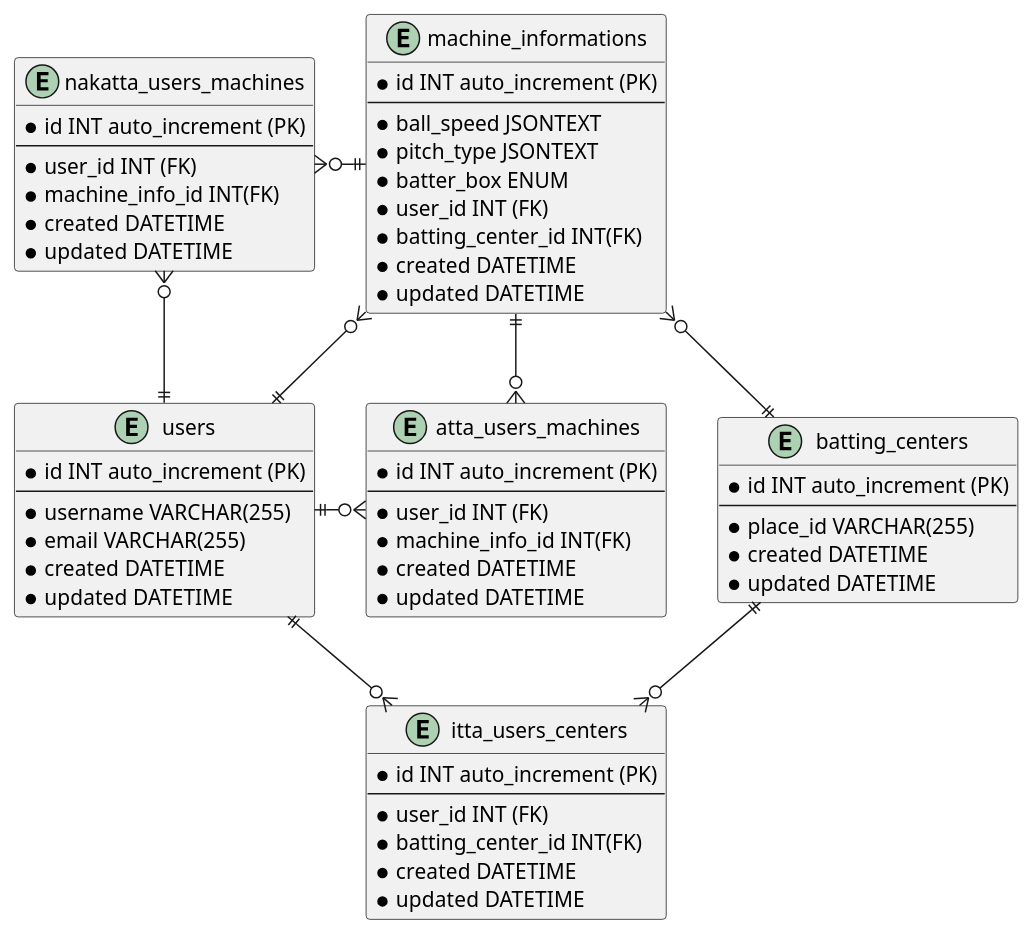
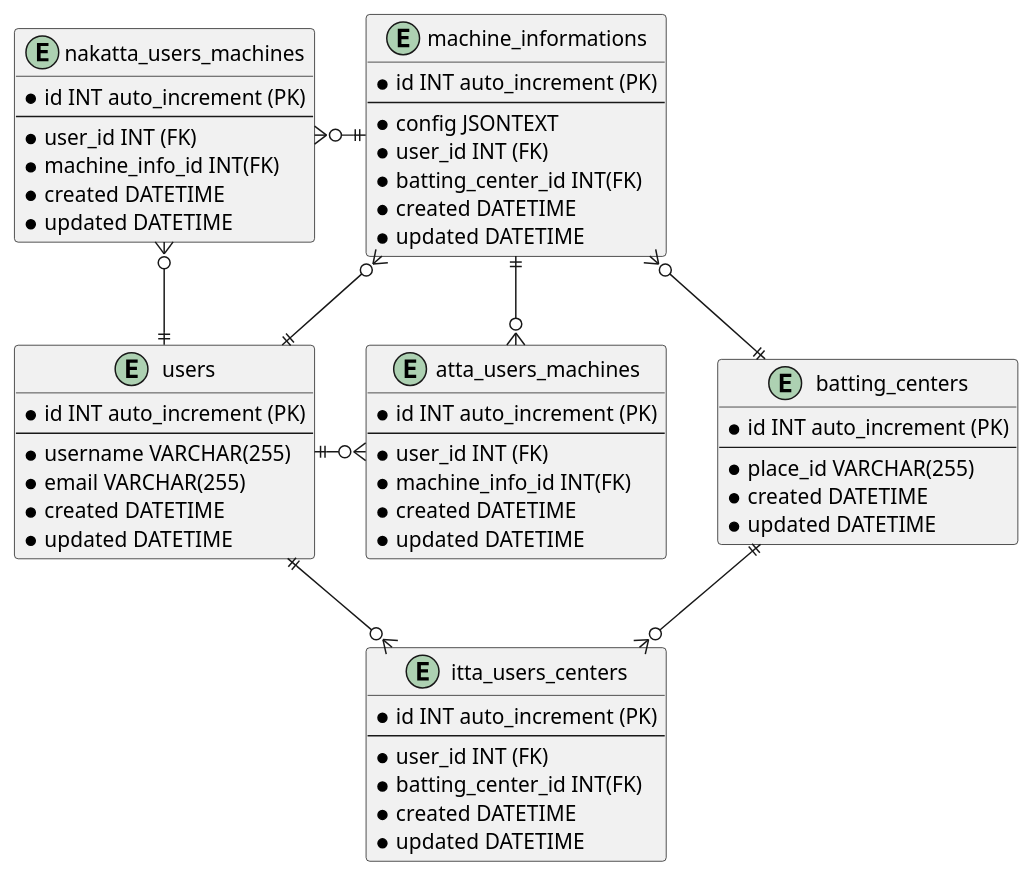
The diagram in doc/tables.pu (pdapsuke/excellent), drawn with PlantUML before and after one commit. The commit also changed 2 other files, not shown here.

```diff
--- a/doc/tables.pu
+++ b/doc/tables.pu
@@ -1,67 +1,65 @@
 @startuml excellent_tables
 entity users {
   * id INT auto_increment (PK)
   ---
   * username VARCHAR(255)
   * email VARCHAR(255)
   * created DATETIME
   * updated DATETIME
 }
 
 entity batting_centers {
   * id INT auto_increment (PK)
   --
 	* place_id VARCHAR(255)
   * created DATETIME
   * updated DATETIME
 }
 
 entity machine_informations {
   * id INT auto_increment (PK)
   --
-  * ball_speed JSONTEXT
-	* pitch_type JSONTEXT
-  * batter_box ENUM
+  * config JSONTEXT
   * user_id INT (FK)
 	* batting_center_id INT(FK)
   * created DATETIME
   * updated DATETIME
 }
 
 entity itta_users_centers {
   * id INT auto_increment (PK)
   --
 	* user_id INT (FK)
 	* batting_center_id INT(FK)
   * created DATETIME
   * updated DATETIME
 }
 
 entity atta_users_machines {
   * id INT auto_increment (PK)
   --
 	* user_id INT (FK)
 	* machine_info_id INT(FK)
   * created DATETIME
   * updated DATETIME
 }
 
 entity nakatta_users_machines {
   * id INT auto_increment (PK)
   --
 	* user_id INT (FK)
 	* machine_info_id INT(FK)
   * created DATETIME
   * updated DATETIME
 }
 
 machine_informations }o--|| users
 machine_informations }o--|| batting_centers
 machine_informations ||--o{ atta_users_machines
 users ||--o{ itta_users_centers
 batting_centers ||--o{ itta_users_centers
 users ||-r-o{ atta_users_machines
 users ||--o{ nakatta_users_machines
 machine_informations ||-l-o{ nakatta_users_machines
 
 @enduml
```
